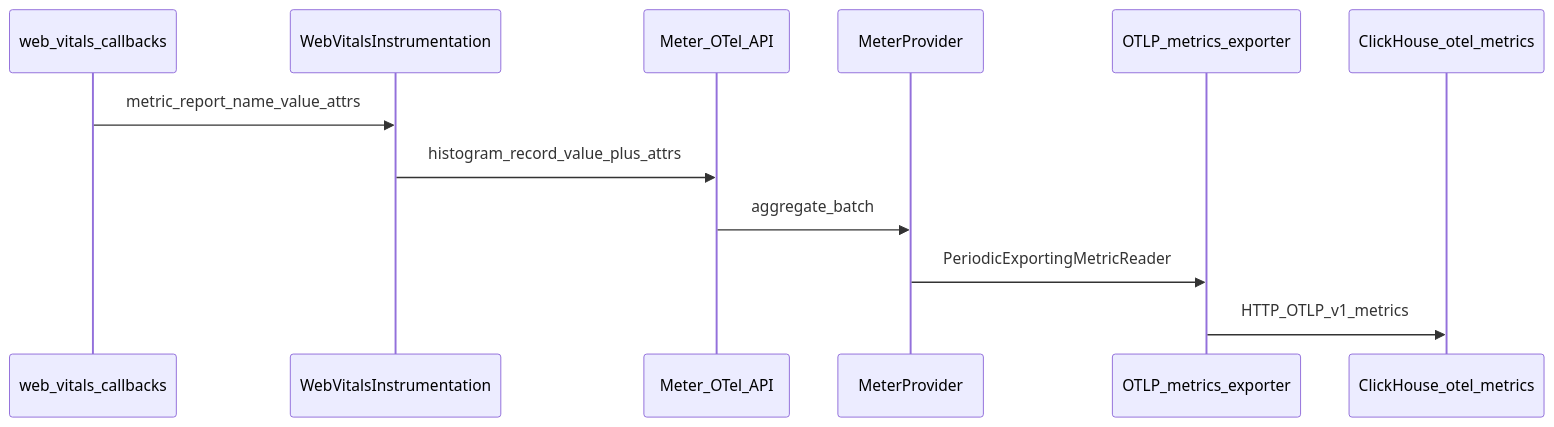
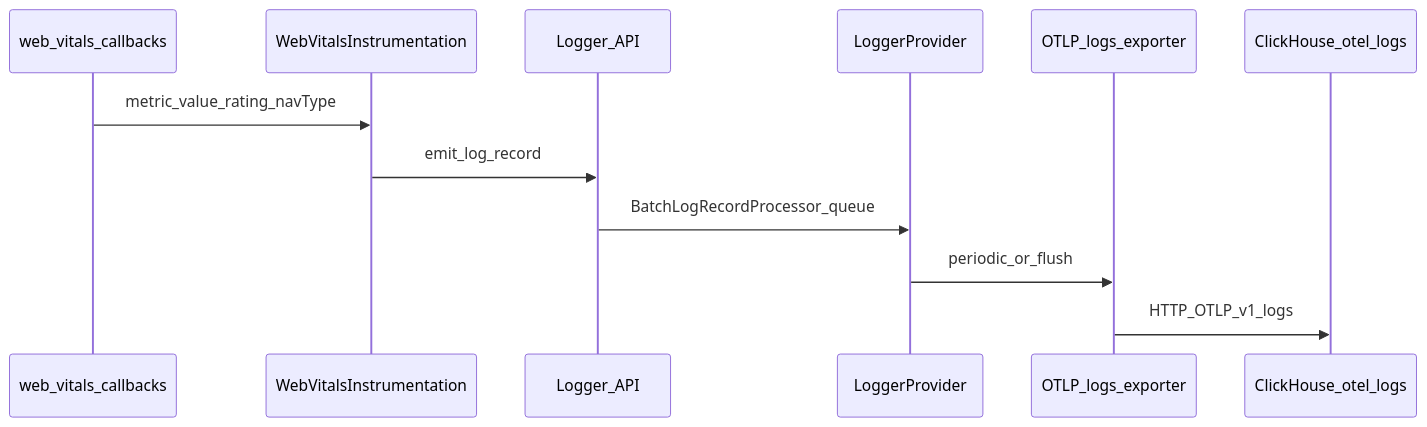
One commit to dream-horizon-org/pulse changed the diagram in pulse-web-otel/web-sdk-plan/v2-web-vitals/ADR-web-vitals.md. Above: the diagram before and after it, drawn with Mermaid. The commit also changed other lines of this file and 34 other files, not shown here.

````diff
--- a/pulse-web-otel/web-sdk-plan/v2-web-vitals/ADR-web-vitals.md
+++ b/pulse-web-otel/web-sdk-plan/v2-web-vitals/ADR-web-vitals.md
@@ -74,15 +68,15 @@
 ```mermaid
 sequenceDiagram
   participant WV as web_vitals_callbacks
   participant Inst as WebVitalsInstrumentation
-  participant Meter as Meter_OTel_API
-  participant MP as MeterProvider
-  participant Exp as OTLP_metrics_exporter
-  participant CH as ClickHouse_otel_metrics
+  participant Log as Logger_API
+  participant LP as LoggerProvider
+  participant Exp as OTLP_logs_exporter
+  participant CH as ClickHouse_otel_logs
 
-  WV->>Inst: metric_report_name_value_attrs
-  Inst->>Meter: histogram_record_value_plus_attrs
-  Meter->>MP: aggregate_batch
-  MP->>Exp: PeriodicExportingMetricReader
-  Exp->>CH: HTTP_OTLP_v1_metrics
+  WV->>Inst: metric_value_rating_navType
+  Inst->>Log: emit_log_record
+  Log->>LP: BatchLogRecordProcessor_queue
+  LP->>Exp: periodic_or_flush
+  Exp->>CH: HTTP_OTLP_v1_logs
 ```
````
